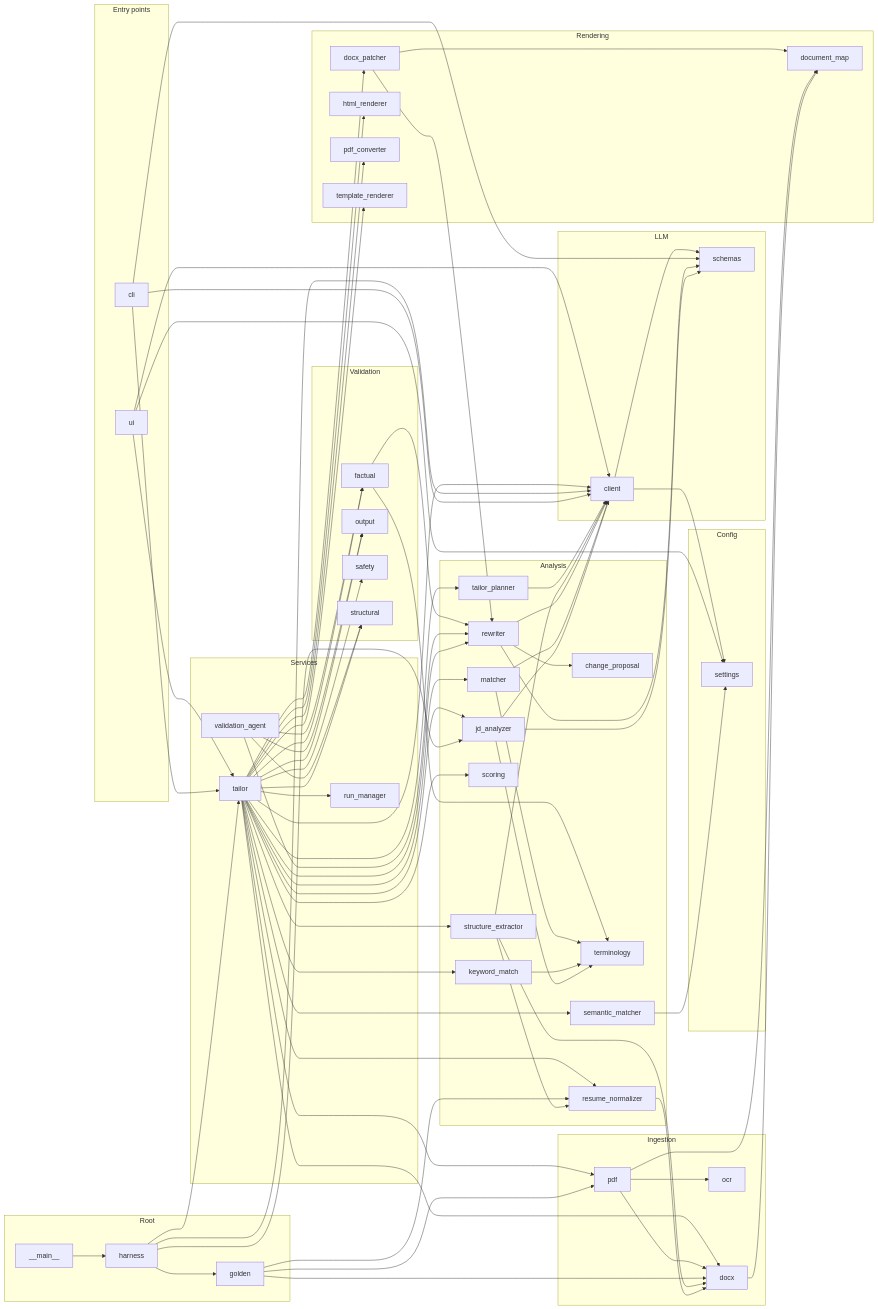
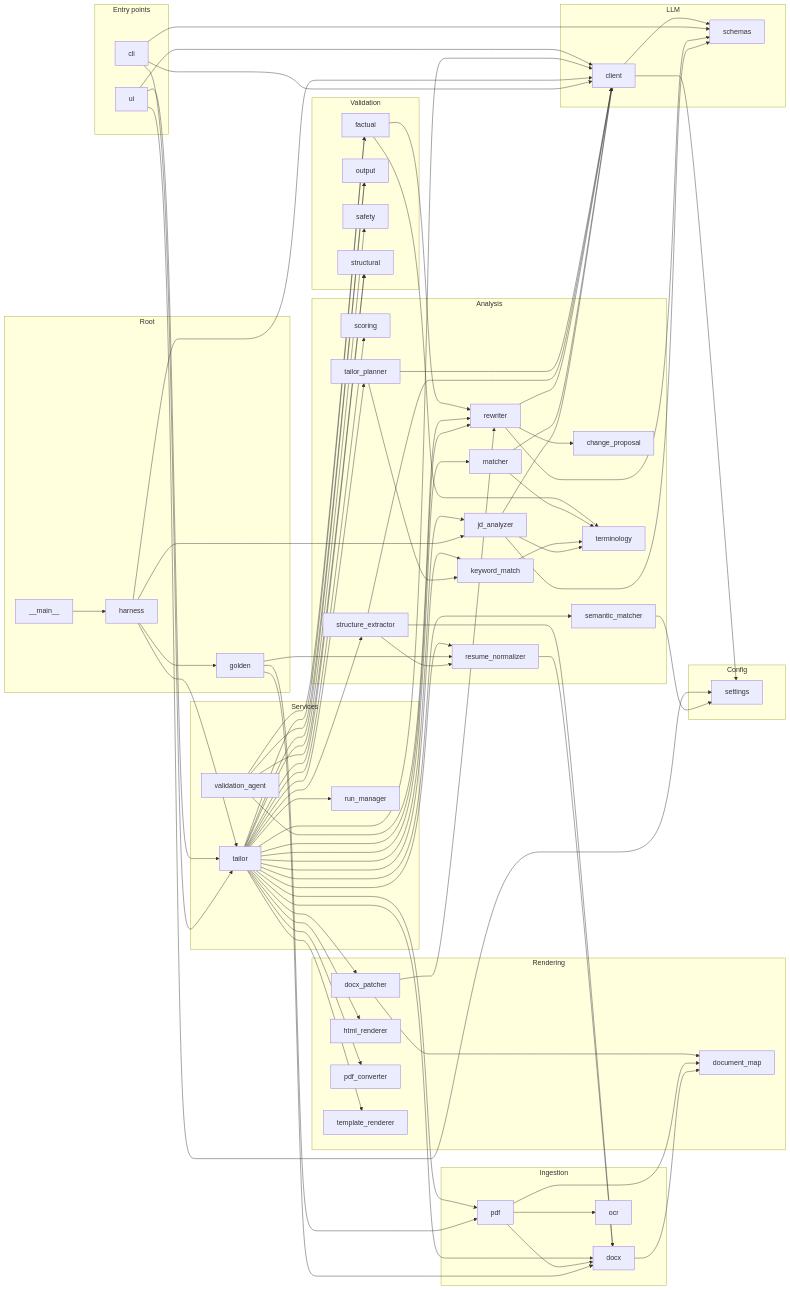
One commit to alwayss-snape/Resume-optimizer changed the diagram in docs/KNOWLEDGE_GRAPH.md. Above: the diagram before and after it, drawn with Mermaid. The commit also changed other lines of this file and 6 other files, not shown here.

```diff
--- a/docs/KNOWLEDGE_GRAPH.md
+++ b/docs/KNOWLEDGE_GRAPH.md
@@ -805,6 +810,7 @@
   analysis_structure_extractor --> analysis_resume_normalizer
   analysis_structure_extractor --> ingestion_docx
   analysis_structure_extractor --> llm_client
+  analysis_tailor_planner --> analysis_keyword_match
   analysis_tailor_planner --> llm_client
   cli --> llm_client
   cli --> llm_schemas
```
